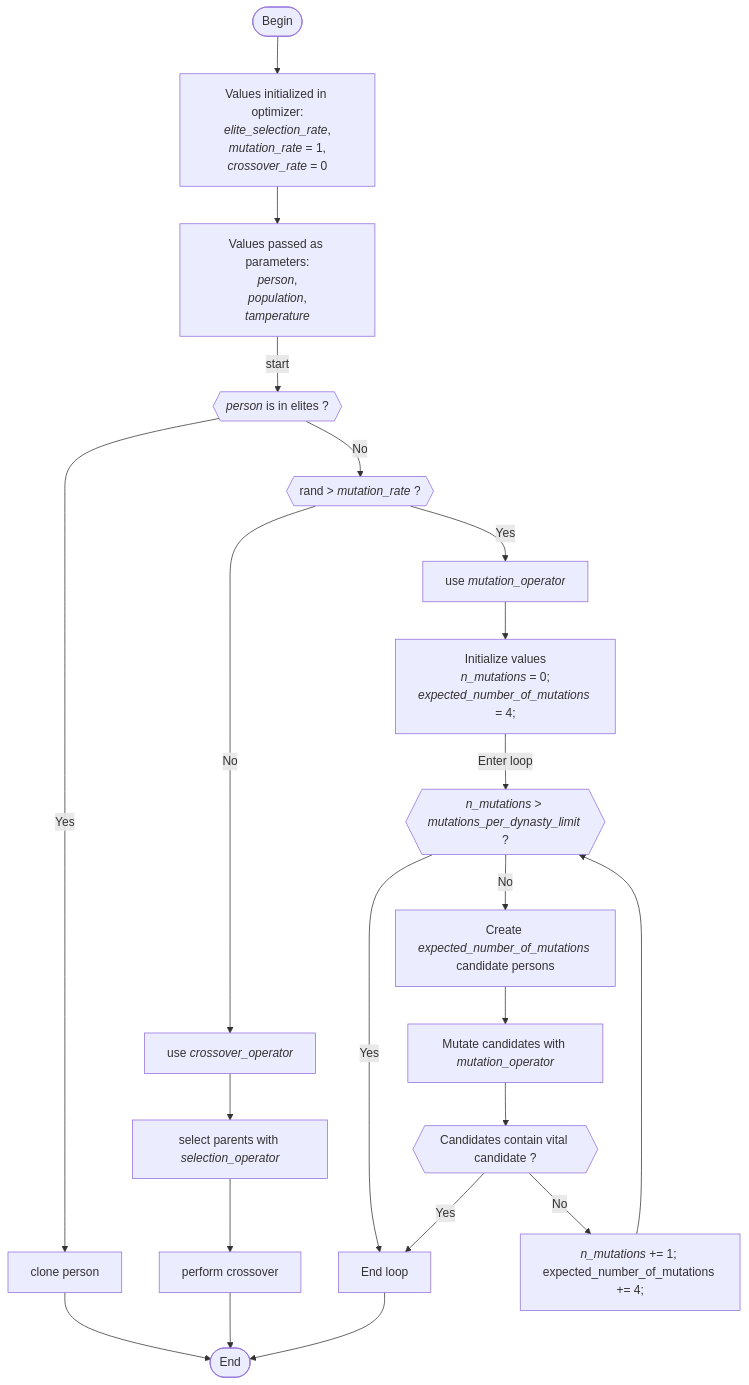
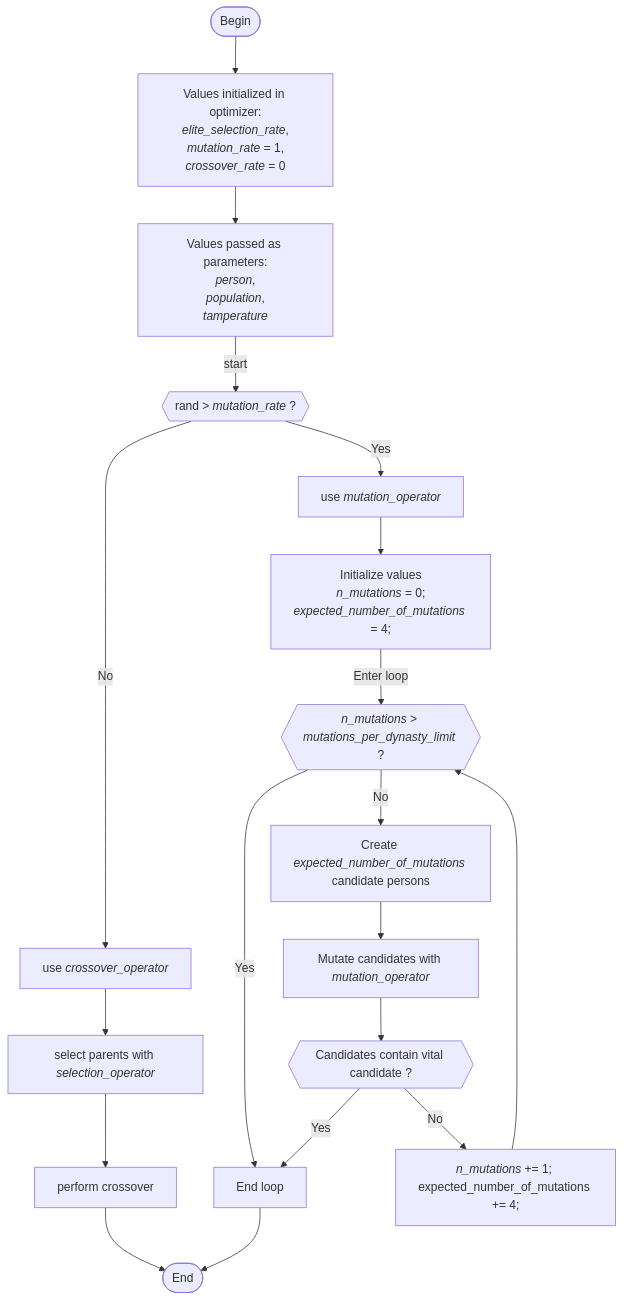
One commit to Wandalen/wTools changed the diagram in module/move/optimization_tools/src/optimization/evolve_method_diagram.md. Above: the diagram before and after it, drawn with Mermaid. The commit also changed 4 other files, not shown here.

````diff
--- a/module/move/optimization_tools/src/optimization/evolve_method_diagram.md
+++ b/module/move/optimization_tools/src/optimization/evolve_method_diagram.md
@@ -1,40 +1,37 @@
 ```mermaid
 flowchart TB
     id1([Begin])
     -->
     id2["`Values initialized in optimizer:
       *elite_selection_rate*,
       *mutation_rate* = 1,
       *crossover_rate* = 0`"]
     -->
     id4["`Values passed as parameters:
         *person*,
         *population*,
         *tamperature*`"]
     -- start -->
-    id5{{"`*person* is in elites ?`"}}
-    id5 -->|Yes| id10[ clone person ]
-    id5 -->|No| id6{{"`rand > *mutation_rate* ?`"}}
+    id6{{"`rand > *mutation_rate* ?`"}}
     id6 -->|No| id7["`use *crossover_operator* `"]
     id6 -->|Yes| id8["`use *mutation_operator* `"]
     id7 -->id9["`select parents with *selection_operator*`"]
     id9 -->id11["`perform crossover`"]
     id8 -->id12["`Initialize values
               *n_mutations* = 0;
               *expected_number_of_mutations* = 4;`"]
     id12 -- Enter loop --> id13{{"`*n_mutations* > *mutations_per_dynasty_limit* ?`"}}
     id13 -->|Yes| id14["End loop"]
     id13 -->|No| id15["`Create *expected_number_of_mutations* candidate persons`"]
     id15 -->id17["`Mutate candidates with *mutation_operator*`"]
     id17 -->id18{{"` Candidates contain vital candidate ?`"}}
     id18 -->|Yes| id14["End loop"]
     id18 -->|No| id19["`*n_mutations* += 1; 
                       expected_number_of_mutations += 4;`"]
     id19 --> id13
     id11 --> id16([End])
     id14 --> id16
-    id10 --> id16
     
     
 
 ```
````
